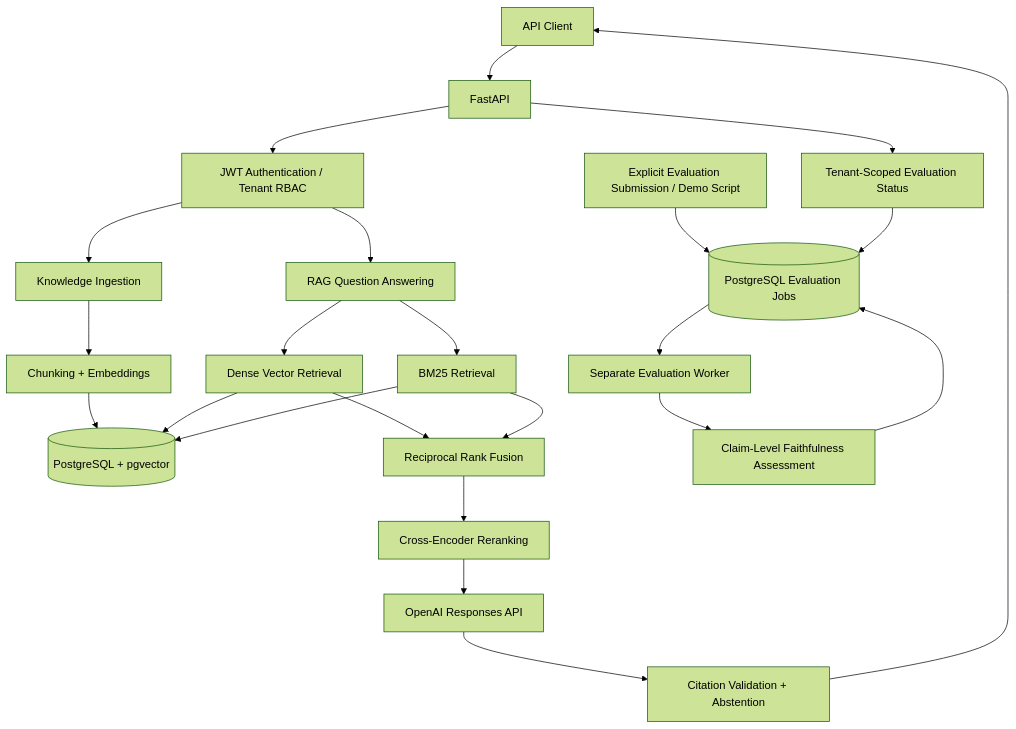
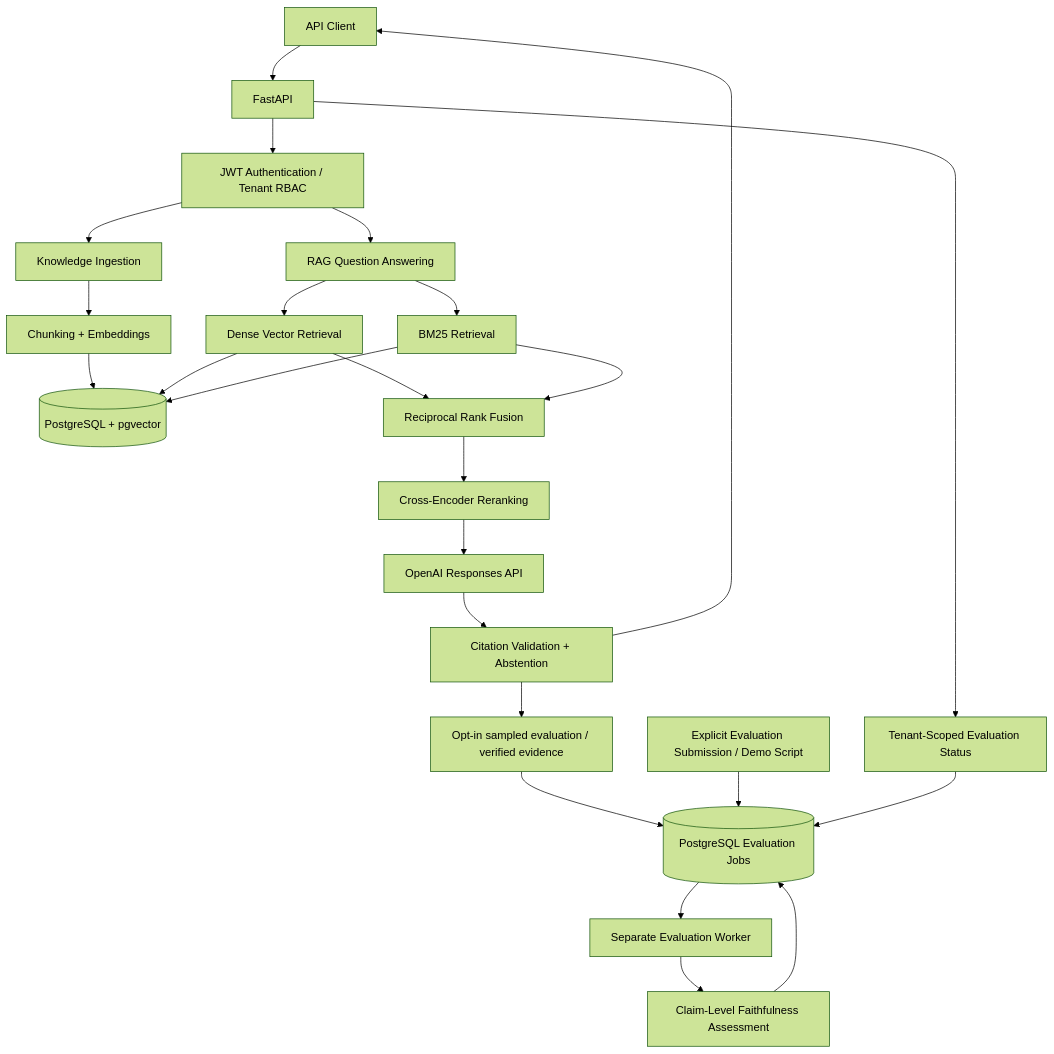
The diagram in README.md (aashikazim/enterprise-ai-operations-copilot), drawn with Mermaid (forest theme) before and after one commit. The commit also changed other lines of this file and 12 other files, not shown here.

Commit message:
feat(day-11): enqueue sampled RAG evaluations with tenant-safe evidence

````diff
--- a/README.md
+++ b/README.md
@@ -40,25 +40,27 @@
 ``` mermaid
 flowchart TD
     Client[API Client] --> API[FastAPI]
     API --> Auth[JWT Authentication / Tenant RBAC]
     Auth --> Knowledge[Knowledge Ingestion]
     Auth --> RAG[RAG Question Answering]
     Knowledge --> Chunk[Chunking + Embeddings]
     Chunk --> DB[(PostgreSQL + pgvector)]
     RAG --> Dense[Dense Vector Retrieval]
     RAG --> Sparse[BM25 Retrieval]
     Dense --> DB
     Sparse --> DB
     Dense --> Fusion[Reciprocal Rank Fusion]
     Sparse --> Fusion
     Fusion --> Rerank[Cross-Encoder Reranking]
     Rerank --> LLM[OpenAI Responses API]
     LLM --> Validate[Citation Validation + Abstention]
     Validate --> Client
+    Validate --> Sample[Opt-in sampled evaluation / verified evidence]
+    Sample --> Queue
     EvalSubmit[Explicit Evaluation Submission / Demo Script] --> Queue[(PostgreSQL Evaluation Jobs)]
     Queue --> Worker[Separate Evaluation Worker]
     Worker --> Faith[Claim-Level Faithfulness Assessment]
     Faith --> Queue
     API --> JobStatus[Tenant-Scoped Evaluation Status]
     JobStatus --> Queue
 ```
````
